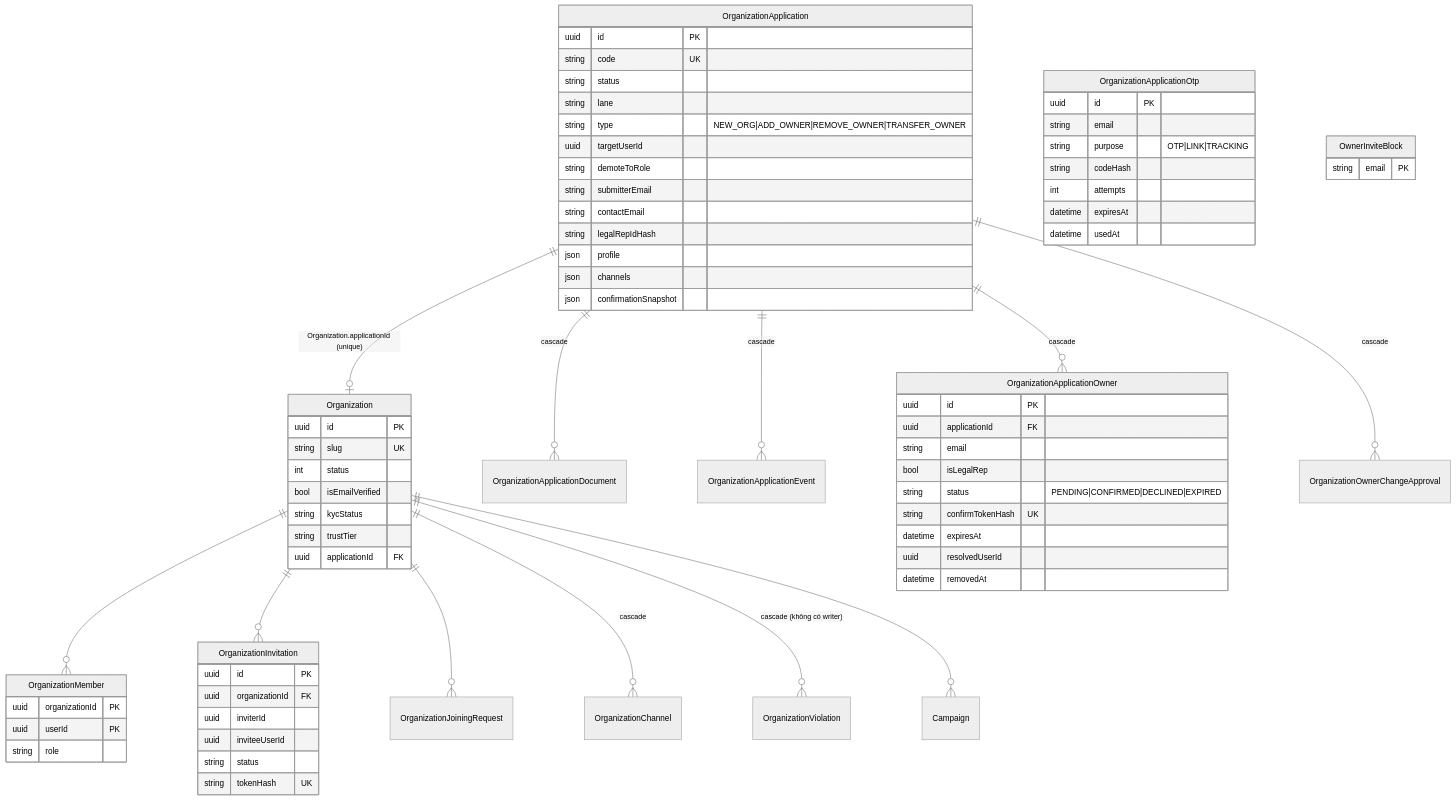
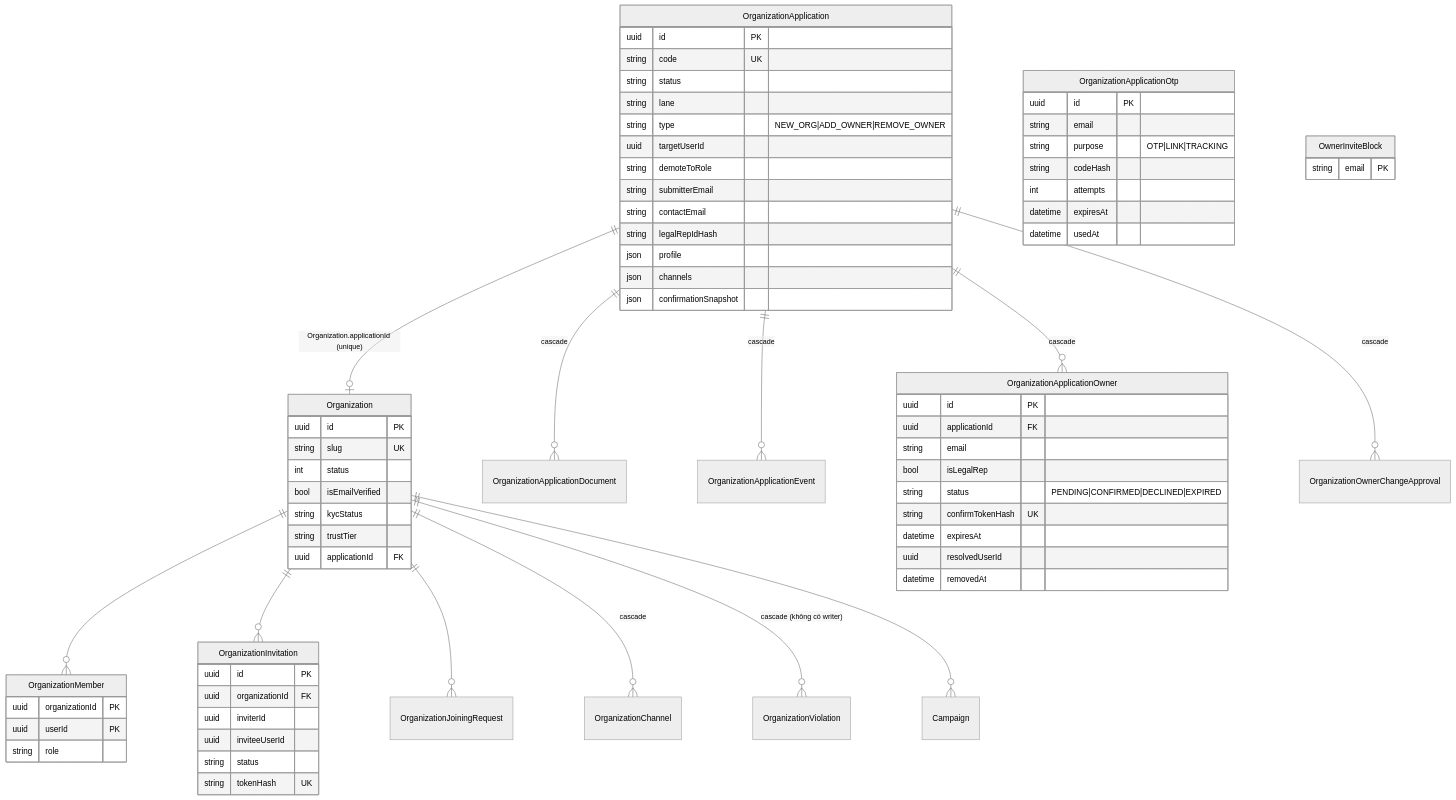
Before and after one commit to DOAN2-UQT-KN/ecolink-docs: the third of 5 diagrams in 01-data-model.md, drawn with Mermaid (neutral theme). The commit also changed other lines of this file and 10 other files, not shown here.

````diff
--- a/01-data-model.md
+++ b/01-data-model.md
@@ -163,74 +163,74 @@
 ```mermaid
 erDiagram
   OrganizationApplication ||--o| Organization : "Organization.applicationId (unique)"
   OrganizationApplication ||--o{ OrganizationApplicationDocument : "cascade"
   OrganizationApplication ||--o{ OrganizationApplicationEvent : "cascade"
   OrganizationApplication ||--o{ OrganizationApplicationOwner : "cascade"
   OrganizationApplication ||--o{ OrganizationOwnerChangeApproval : "cascade"
   Organization ||--o{ OrganizationMember : ""
   Organization ||--o{ OrganizationInvitation : ""
   Organization ||--o{ OrganizationJoiningRequest : ""
   Organization ||--o{ OrganizationChannel : "cascade"
   Organization ||--o{ OrganizationViolation : "cascade (không có writer)"
   Organization ||--o{ Campaign : ""
   OrganizationApplicationOtp {
     uuid id PK
     string email
     string purpose "OTP|LINK|TRACKING"
     string codeHash
     int attempts
     datetime expiresAt
     datetime usedAt
   }
   Organization {
     uuid id PK
     string slug UK
     int status
     bool isEmailVerified
     string kycStatus
     string trustTier
     uuid applicationId FK
   }
   OrganizationApplication {
     uuid id PK
     string code UK
     string status
     string lane
-    string type "NEW_ORG|ADD_OWNER|REMOVE_OWNER|TRANSFER_OWNER"
+    string type "NEW_ORG|ADD_OWNER|REMOVE_OWNER"
     uuid targetUserId
     string demoteToRole
     string submitterEmail
     string contactEmail
     string legalRepIdHash
     json profile
     json channels
     json confirmationSnapshot
   }
   OrganizationApplicationOwner {
     uuid id PK
     uuid applicationId FK
     string email
     bool isLegalRep
     string status "PENDING|CONFIRMED|DECLINED|EXPIRED"
     string confirmTokenHash UK
     datetime expiresAt
     uuid resolvedUserId
     datetime removedAt
   }
   OrganizationMember {
     uuid organizationId PK
     uuid userId PK
     string role
   }
   OwnerInviteBlock {
     string email PK
   }
   OrganizationInvitation {
     uuid id PK
     uuid organizationId FK
     uuid inviterId
     uuid inviteeUserId
     string status
     string tokenHash UK
   }
 ```
````
